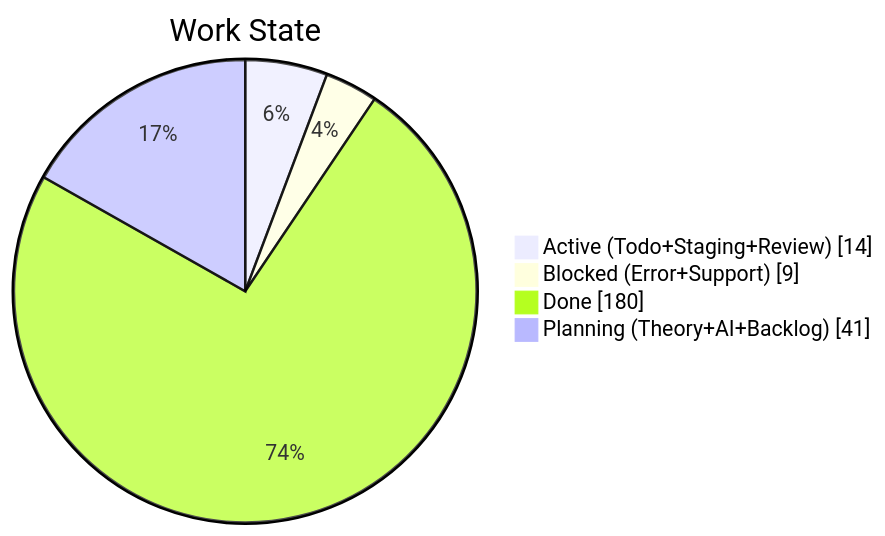
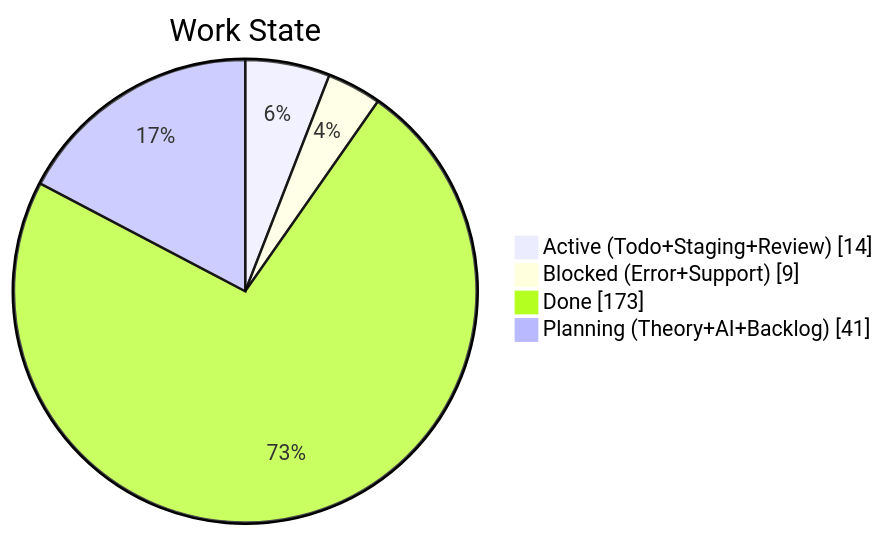
Before and after one commit to KBVE/kbve: the second of 4 diagrams in apps/kbve/astro-kbve/src/content/docs/dashboard/kanban-data.mdx, drawn with Mermaid. The commit also changed other lines of this file and 8 other files, not shown here.

````diff
--- a/apps/kbve/astro-kbve/src/content/docs/dashboard/kanban-data.mdx
+++ b/apps/kbve/astro-kbve/src/content/docs/dashboard/kanban-data.mdx
@@ -68,8 +68,8 @@
 ```mermaid
 pie showData
     title Work State
     "Active (Todo+Staging+Review)" : 14
     "Blocked (Error+Support)" : 9
-    "Done" : 180
+    "Done" : 173
     "Planning (Theory+AI+Backlog)" : 41
 ```
````
